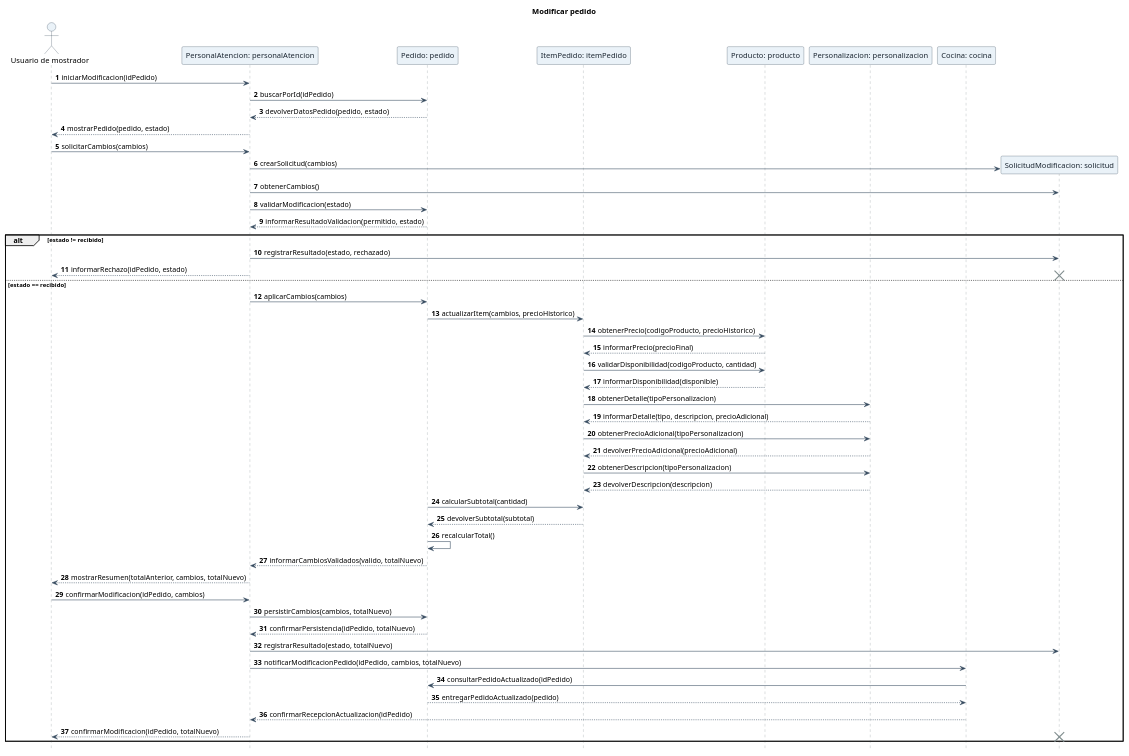
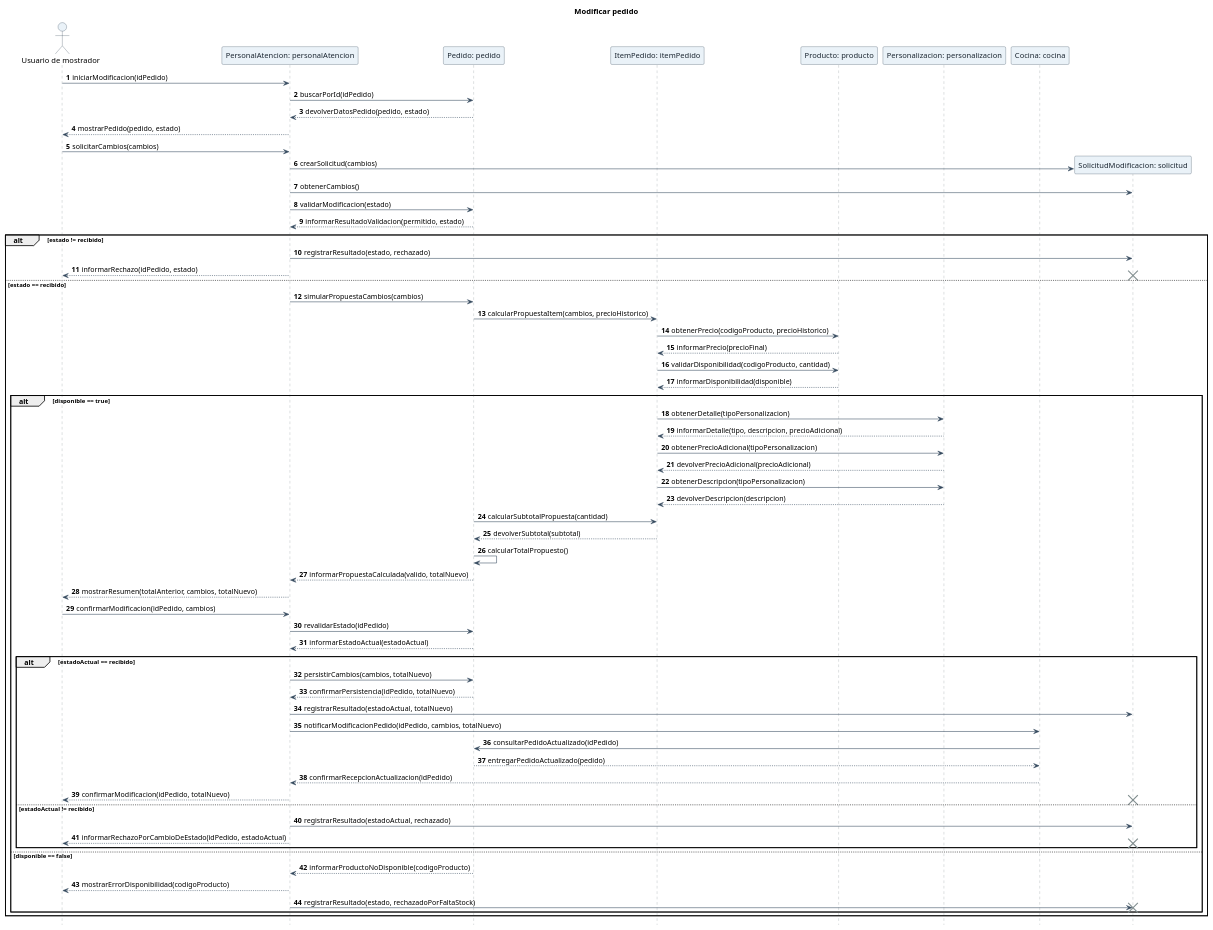
One commit to lucasmengarelli3/SistemaPedidos changed the diagram in diagramas/05-diagramas-secuencia/05-secuencia-modificar-pedido-flujo-principal-03.puml. Above: the diagram before and after it, drawn with PlantUML. The commit also changed 12 other files, not shown here.

Commit message:
fix(a3): corregir observaciones estructurales en diagramas de secuencia y actualizar trazabilidad de IA

```diff
--- a/diagramas/05-diagramas-secuencia/05-secuencia-modificar-pedido-flujo-principal-03.puml
+++ b/diagramas/05-diagramas-secuencia/05-secuencia-modificar-pedido-flujo-principal-03.puml
@@ -1,81 +1,97 @@
 @startuml
 title Modificar pedido
 
 autonumber
 hide footbox
 skinparam shadowing false
 skinparam sequence {
     ArrowColor #34495E
     LifeLineBorderColor #7F8C8D
     LifeLineBackgroundColor #F8F9F9
     ParticipantBorderColor #2C3E50
     ParticipantBackgroundColor #EAF2F8
     ParticipantFontColor #1B2631
     ActorBorderColor #2C3E50
     ActorBackgroundColor #EAF2F8
     BoxBorderColor #AAB7B8
     BoxBackgroundColor #FDFEFE
 }
 
 actor "Usuario de mostrador" as usuario
 participant "PersonalAtencion: personalAtencion" as personalAtencion
 participant "Pedido: pedido" as pedido
 participant "ItemPedido: itemPedido" as itemPedido
 participant "Producto: producto" as producto
 participant "Personalizacion: personalizacion" as personalizacion
 participant "Cocina: cocina" as cocina
 
 usuario -> personalAtencion: iniciarModificacion(idPedido)
 personalAtencion -> pedido: buscarPorId(idPedido)
 pedido --> personalAtencion: devolverDatosPedido(pedido, estado)
 personalAtencion --> usuario: mostrarPedido(pedido, estado)
 
 usuario -> personalAtencion: solicitarCambios(cambios)
 create participant "SolicitudModificacion: solicitud" as solicitud
 personalAtencion -> solicitud: crearSolicitud(cambios)
 personalAtencion -> solicitud: obtenerCambios()
 personalAtencion -> pedido: validarModificacion(estado)
 pedido --> personalAtencion: informarResultadoValidacion(permitido, estado)
 
 alt estado != recibido
     personalAtencion -> solicitud: registrarResultado(estado, rechazado)
     personalAtencion --> usuario: informarRechazo(idPedido, estado)
     destroy solicitud
 else estado == recibido
-    personalAtencion -> pedido: aplicarCambios(cambios)
-    pedido -> itemPedido: actualizarItem(cambios, precioHistorico)
+    personalAtencion -> pedido: simularPropuestaCambios(cambios)
+    pedido -> itemPedido: calcularPropuestaItem(cambios, precioHistorico)
 
     itemPedido -> producto: obtenerPrecio(codigoProducto, precioHistorico)
     producto --> itemPedido: informarPrecio(precioFinal)
     itemPedido -> producto: validarDisponibilidad(codigoProducto, cantidad)
     producto --> itemPedido: informarDisponibilidad(disponible)
 
-    itemPedido -> personalizacion: obtenerDetalle(tipoPersonalizacion)
-    personalizacion --> itemPedido: informarDetalle(tipo, descripcion, precioAdicional)
-    itemPedido -> personalizacion: obtenerPrecioAdicional(tipoPersonalizacion)
-    personalizacion --> itemPedido: devolverPrecioAdicional(precioAdicional)
-    itemPedido -> personalizacion: obtenerDescripcion(tipoPersonalizacion)
-    personalizacion --> itemPedido: devolverDescripcion(descripcion)
+    alt disponible == true
+        itemPedido -> personalizacion: obtenerDetalle(tipoPersonalizacion)
+        personalizacion --> itemPedido: informarDetalle(tipo, descripcion, precioAdicional)
+        itemPedido -> personalizacion: obtenerPrecioAdicional(tipoPersonalizacion)
+        personalizacion --> itemPedido: devolverPrecioAdicional(precioAdicional)
+        itemPedido -> personalizacion: obtenerDescripcion(tipoPersonalizacion)
+        personalizacion --> itemPedido: devolverDescripcion(descripcion)
 
-    pedido -> itemPedido: calcularSubtotal(cantidad)
-    itemPedido --> pedido: devolverSubtotal(subtotal)
-    pedido -> pedido: recalcularTotal()
-    pedido --> personalAtencion: informarCambiosValidados(valido, totalNuevo)
+        pedido -> itemPedido: calcularSubtotalPropuesta(cantidad)
+        itemPedido --> pedido: devolverSubtotal(subtotal)
+        pedido -> pedido: calcularTotalPropuesto()
+        pedido --> personalAtencion: informarPropuestaCalculada(valido, totalNuevo)
 
-    personalAtencion --> usuario: mostrarResumen(totalAnterior, cambios, totalNuevo)
-    usuario -> personalAtencion: confirmarModificacion(idPedido, cambios)
+        personalAtencion --> usuario: mostrarResumen(totalAnterior, cambios, totalNuevo)
+        usuario -> personalAtencion: confirmarModificacion(idPedido, cambios)
 
-    personalAtencion -> pedido: persistirCambios(cambios, totalNuevo)
-    pedido --> personalAtencion: confirmarPersistencia(idPedido, totalNuevo)
-    personalAtencion -> solicitud: registrarResultado(estado, totalNuevo)
+        personalAtencion -> pedido: revalidarEstado(idPedido)
+        pedido --> personalAtencion: informarEstadoActual(estadoActual)
 
-    personalAtencion -> cocina: notificarModificacionPedido(idPedido, cambios, totalNuevo)
-    cocina -> pedido: consultarPedidoActualizado(idPedido)
-    pedido --> cocina: entregarPedidoActualizado(pedido)
-    cocina --> personalAtencion: confirmarRecepcionActualizacion(idPedido)
+        alt estadoActual == recibido
+            personalAtencion -> pedido: persistirCambios(cambios, totalNuevo)
+            pedido --> personalAtencion: confirmarPersistencia(idPedido, totalNuevo)
+            personalAtencion -> solicitud: registrarResultado(estadoActual, totalNuevo)
 
-    personalAtencion --> usuario: confirmarModificacion(idPedido, totalNuevo)
-    destroy solicitud
+            personalAtencion -> cocina: notificarModificacionPedido(idPedido, cambios, totalNuevo)
+            cocina -> pedido: consultarPedidoActualizado(idPedido)
+            pedido --> cocina: entregarPedidoActualizado(pedido)
+            cocina --> personalAtencion: confirmarRecepcionActualizacion(idPedido)
+
+            personalAtencion --> usuario: confirmarModificacion(idPedido, totalNuevo)
+            destroy solicitud
+        else estadoActual != recibido
+            personalAtencion -> solicitud: registrarResultado(estadoActual, rechazado)
+            personalAtencion --> usuario: informarRechazoPorCambioDeEstado(idPedido, estadoActual)
+            destroy solicitud
+        end
+    else disponible == false
+        pedido --> personalAtencion: informarProductoNoDisponible(codigoProducto)
+        personalAtencion --> usuario: mostrarErrorDisponibilidad(codigoProducto)
+        personalAtencion -> solicitud: registrarResultado(estado, rechazadoPorFaltaStock)
+        destroy solicitud
+    end
 end
 
 @enduml
```
